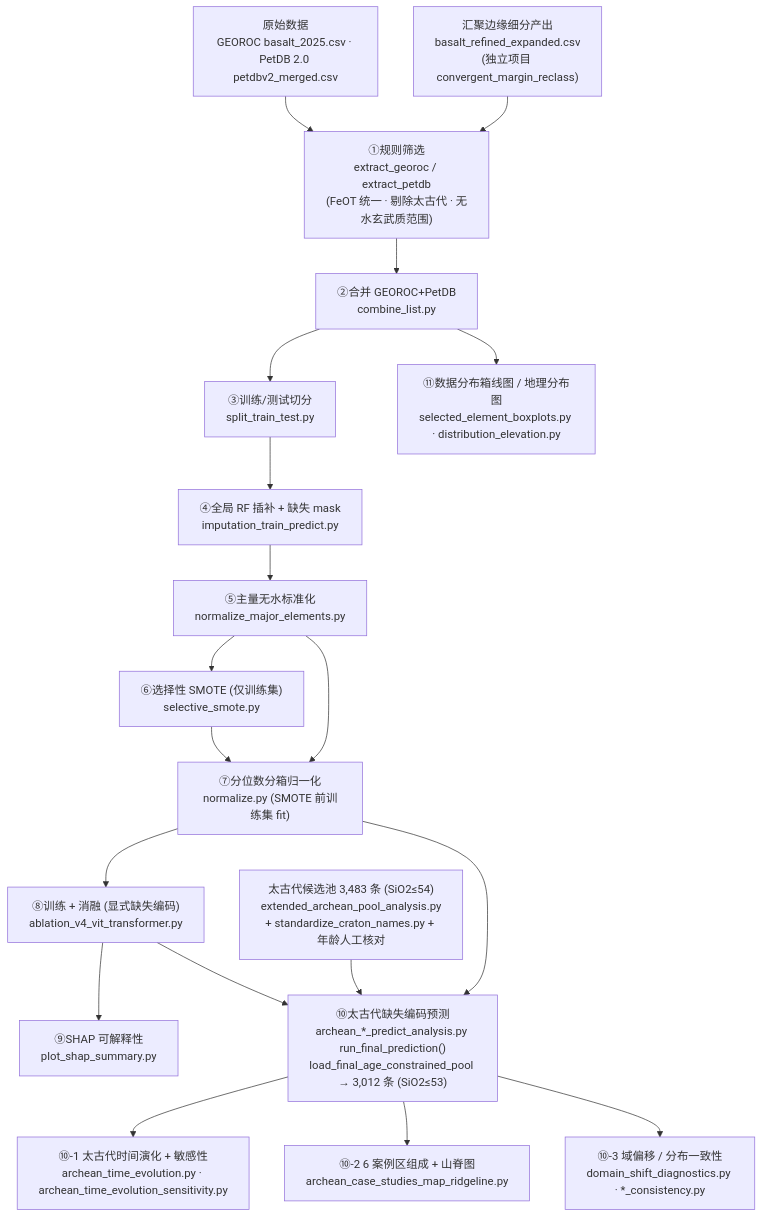
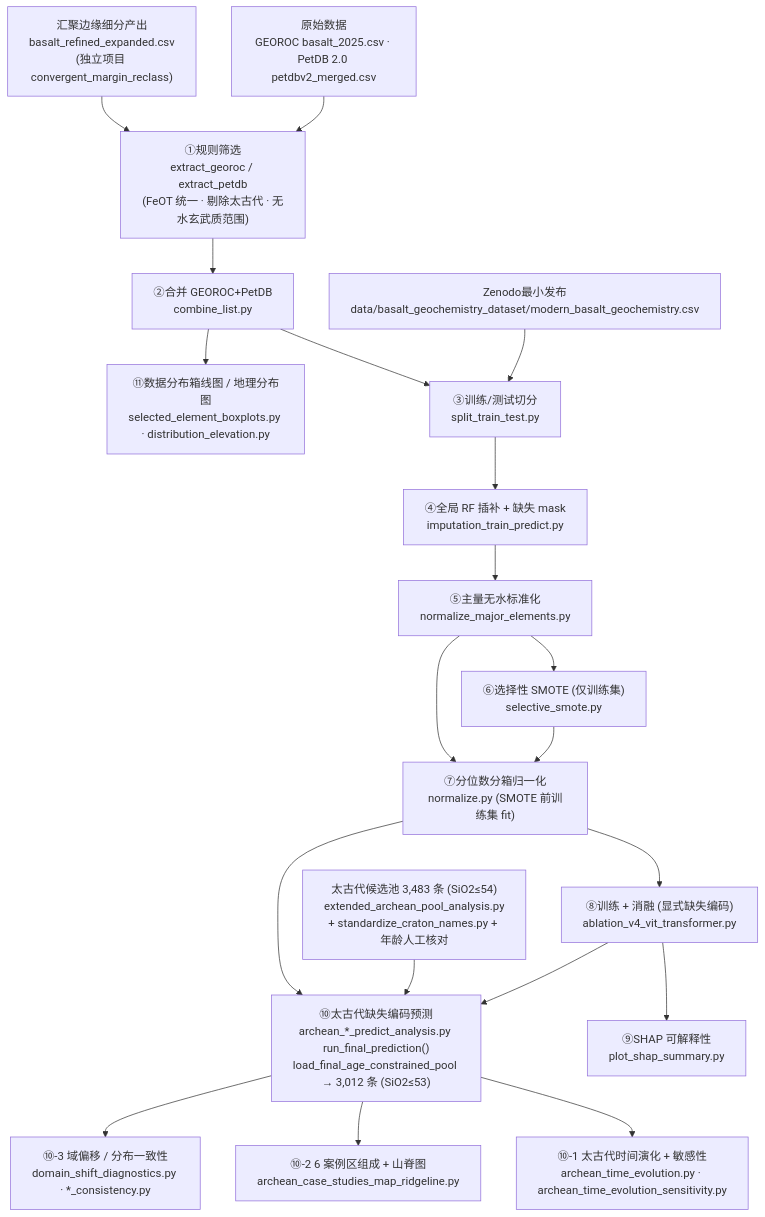
Before and after one commit to jiunuan/tectonic_setting_discrimination: the diagram in docs/workflow.md, drawn with Mermaid. The commit also changed other lines of this file and 3 other files, not shown here.

````diff
--- a/docs/workflow.md
+++ b/docs/workflow.md
@@ -30,21 +36,22 @@
 ```mermaid
 flowchart TD
     A["原始数据<br/>GEOROC basalt_2025.csv · PetDB 2.0 petdbv2_merged.csv"] --> B
     CM["汇聚边缘细分产出<br/>basalt_refined_expanded.csv<br/>(独立项目 convergent_margin_reclass)"] --> B["①规则筛选<br/>extract_georoc / extract_petdb<br/>(FeOT 统一 · 剔除太古代 · 无水玄武质范围)"]
     B --> C["②合并 GEOROC+PetDB<br/>combine_list.py"]
     C --> D["③训练/测试切分<br/>split_train_test.py"]
+    Z["Zenodo最小发布<br/>data/basalt_geochemistry_dataset/modern_basalt_geochemistry.csv"] --> D
     D --> E["④全局 RF 插补 + 缺失 mask<br/>imputation_train_predict.py"]
     E --> F["⑤主量无水标准化<br/>normalize_major_elements.py"]
     F --> G["⑥选择性 SMOTE (仅训练集)<br/>selective_smote.py"]
     F --> H["⑦分位数分箱归一化<br/>normalize.py (SMOTE 前训练集 fit)"]
     G --> H
     H --> I["⑧训练 + 消融 (显式缺失编码)<br/>ablation_v4_vit_transformer.py"]
     I --> J["⑨SHAP 可解释性<br/>plot_shap_summary.py"]
     K["太古代候选池 3,483 条 (SiO2≤54)<br/>extended_archean_pool_analysis.py<br/>+ standardize_craton_names.py + 年龄人工核对"] --> L
     I --> L["⑩太古代缺失编码预测<br/>archean_*_predict_analysis.py run_final_prediction()<br/>load_final_age_constrained_pool → 3,012 条 (SiO2≤53)"]
     H --> L
     L --> N["⑩-1 太古代时间演化 + 敏感性<br/>archean_time_evolution.py · archean_time_evolution_sensitivity.py"]
     L --> O["⑩-2 6 案例区组成 + 山脊图<br/>archean_case_studies_map_ridgeline.py"]
     L --> P["⑩-3 域偏移 / 分布一致性<br/>domain_shift_diagnostics.py · *_consistency.py"]
     C --> M["⑪数据分布箱线图 / 地理分布图<br/>selected_element_boxplots.py · distribution_elevation.py"]
 ```
````
